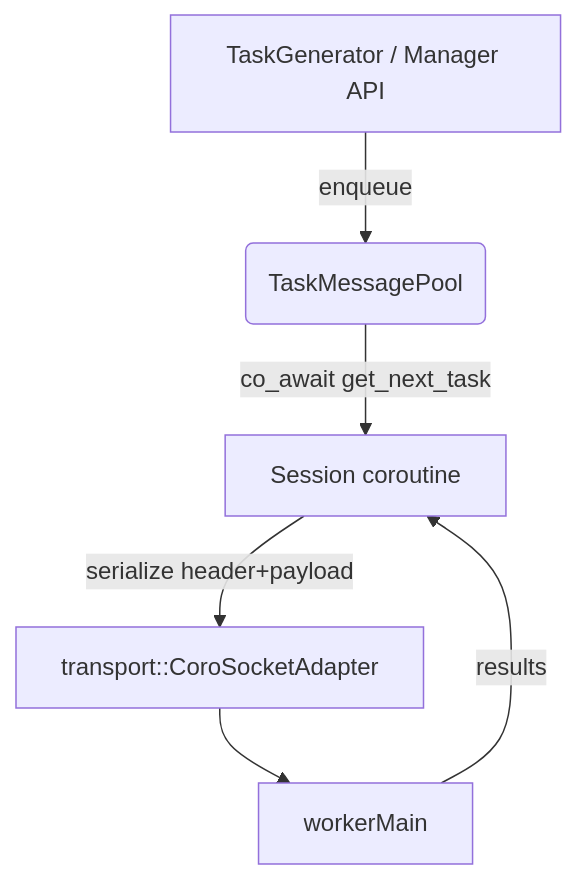
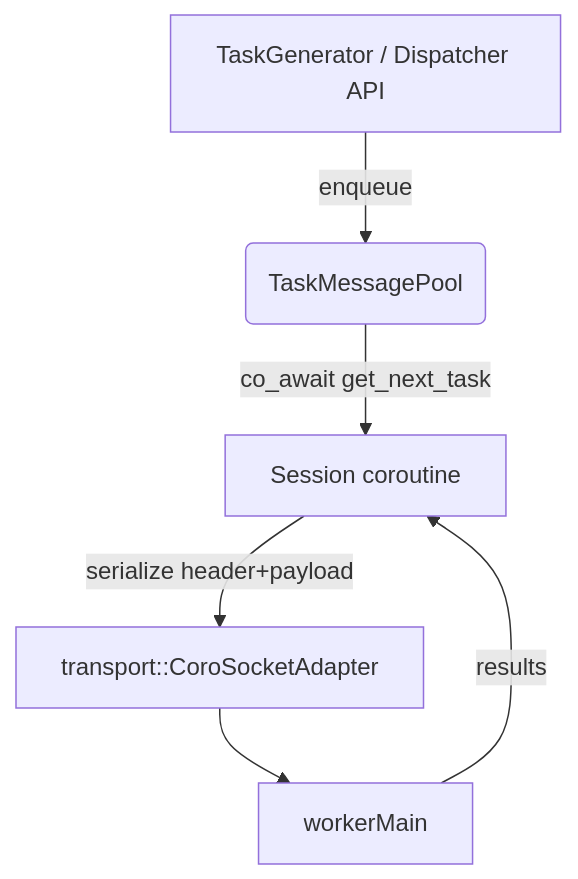
Before and after one commit to ilya-yusim/task-messenger: the first of 2 diagrams in message/README.md, drawn with Mermaid. The commit also changed other lines of this file and 90 other files, not shown here.

First line of the commit message:
Refactor TaskMessenger to use Dispatcher instead of Manager

````diff
--- a/message/README.md
+++ b/message/README.md
@@ -18,8 +18,8 @@
 ```mermaid
 graph TD
-    TG[TaskGenerator / Manager API] -->|enqueue| Pool(TaskMessagePool)
+    TG[TaskGenerator / Dispatcher API] -->|enqueue| Pool(TaskMessagePool)
     Pool -->|co_await get_next_task| Session[Session coroutine]
     Session -->|serialize header+payload| Transport[transport::CoroSocketAdapter]
     Transport --> Worker[workerMain]
     Worker -->|results| Session
 ```
````
